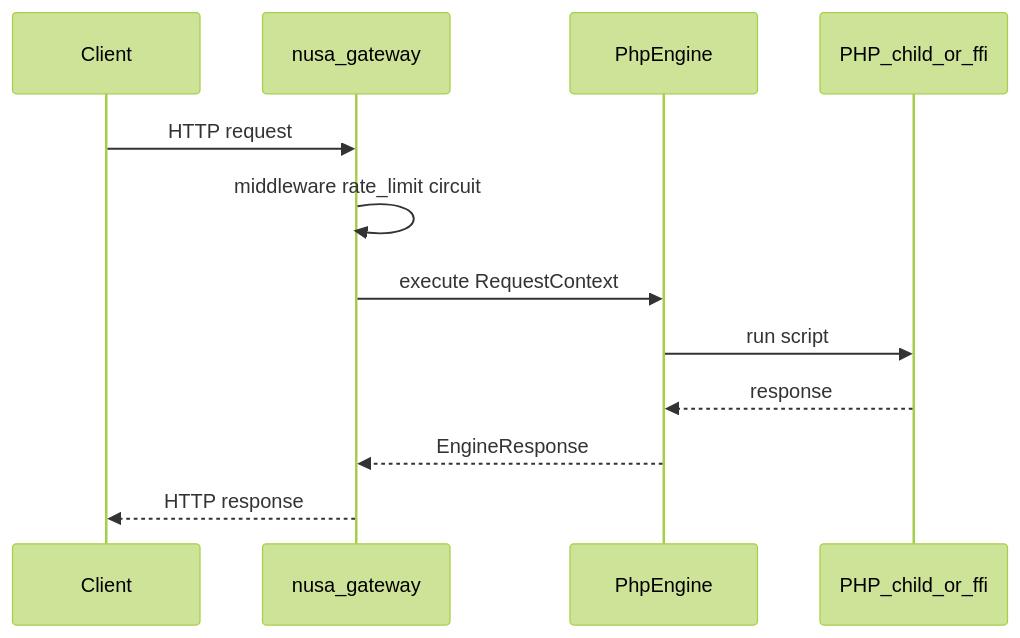
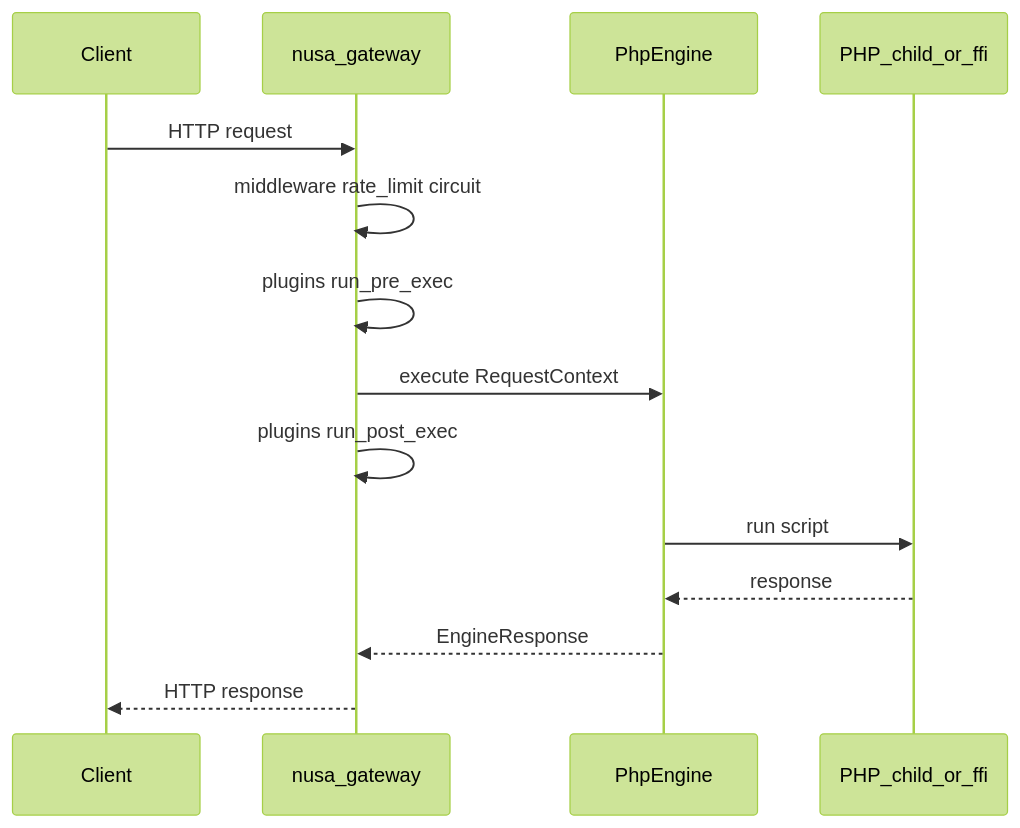
One commit to faisalemir/nusa changed the first of 2 diagrams in docs/contributor/architecture.md. Above: the diagram before and after it, drawn with Mermaid (forest theme). The commit also changed other lines of this file and 55 other files, not shown here.

````diff
--- a/docs/contributor/architecture.md
+++ b/docs/contributor/architecture.md
@@ -7,15 +7,17 @@
 ```mermaid
 sequenceDiagram
     participant Client
     participant Gateway as nusa_gateway
     participant Engine as PhpEngine
     participant PHP as PHP_child_or_ffi
 
     Client->>Gateway: HTTP request
     Gateway->>Gateway: middleware rate_limit circuit
+    Gateway->>Gateway: plugins run_pre_exec
     Gateway->>Engine: execute RequestContext
+    Gateway->>Gateway: plugins run_post_exec
     Engine->>PHP: run script
     PHP-->>Engine: response
     Engine-->>Gateway: EngineResponse
     Gateway-->>Client: HTTP response
 ```
````
